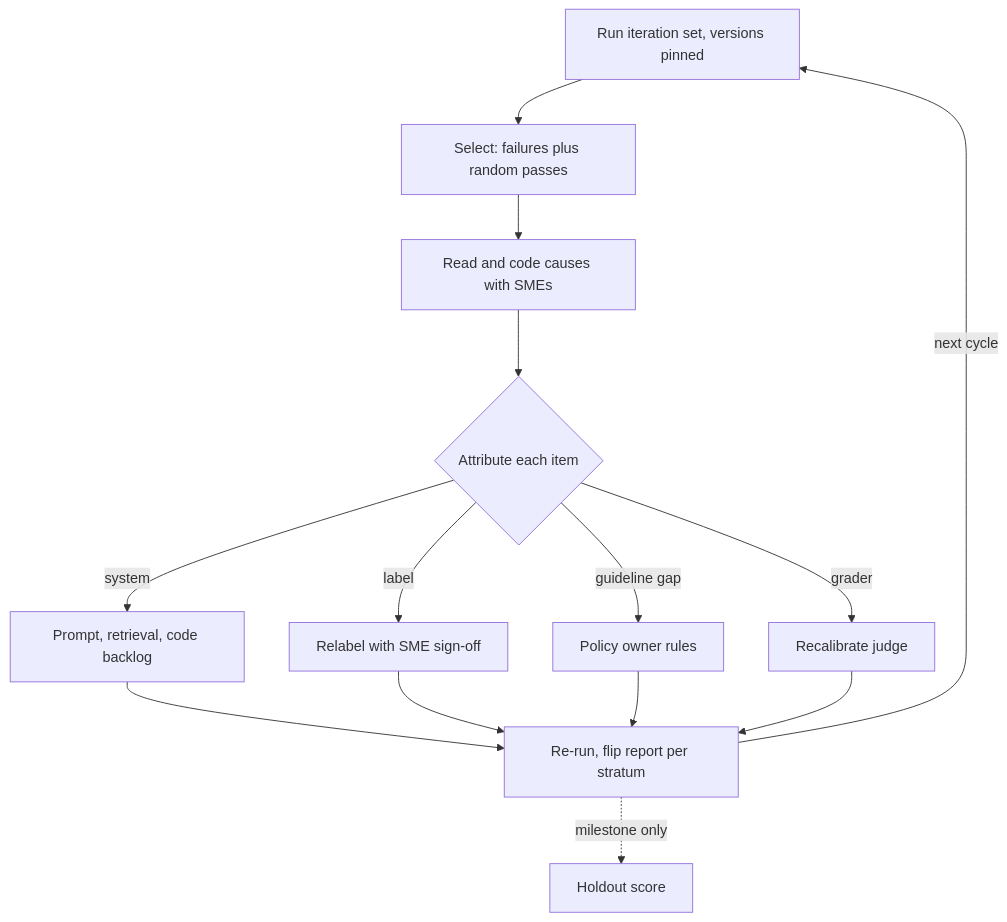
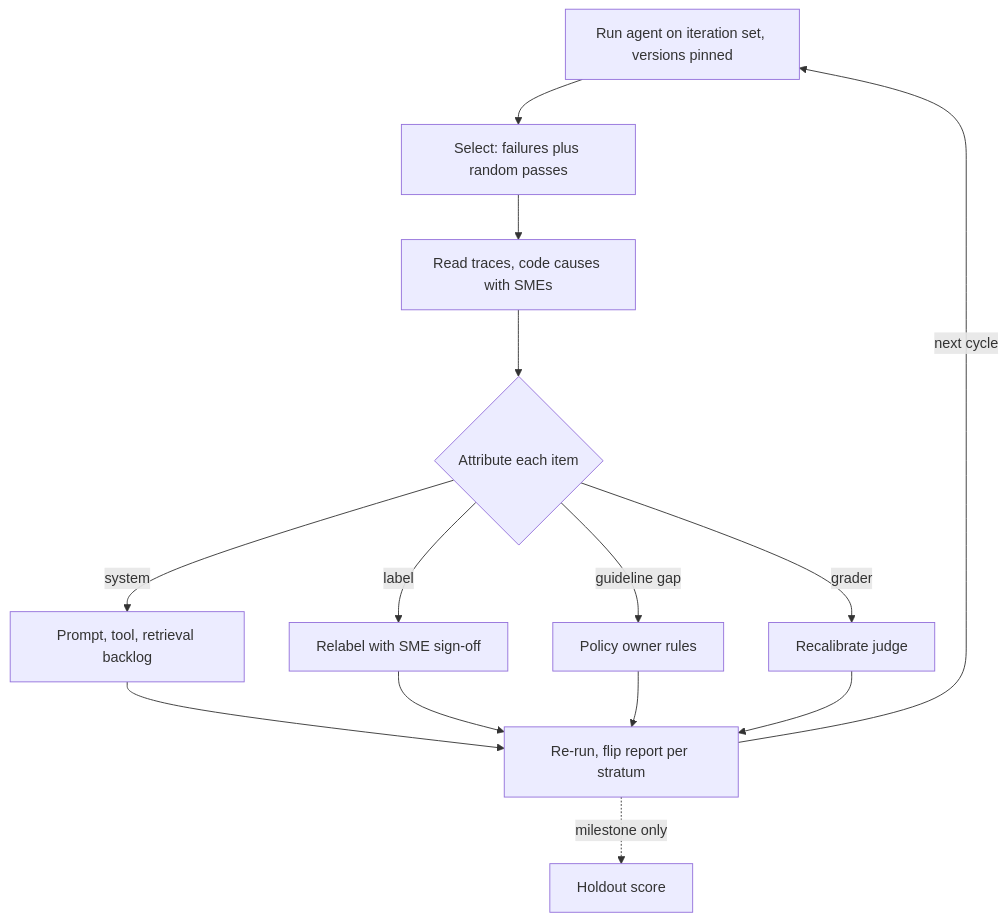
Before and after one commit to lovishmahajan97/agentic-learning: the diagram in content/customer-data-evaluation/eval-review-loops.md, drawn with Mermaid. The commit also changed other lines of this file and 454 other files, not shown here.

````diff
--- a/content/customer-data-evaluation/eval-review-loops.md
+++ b/content/customer-data-evaluation/eval-review-loops.md
@@ -102,16 +125,16 @@
 ```mermaid
 flowchart TD
-    R["Run iteration set, versions pinned"] --> S["Select: failures plus random passes"]
-    S --> C["Read and code causes with SMEs"]
+    R["Run agent on iteration set, versions pinned"] --> S["Select: failures plus random passes"]
+    S --> C["Read traces, code causes with SMEs"]
     C --> A{"Attribute each item"}
-    A -->|"system"| B["Prompt, retrieval, code backlog"]
+    A -->|"system"| B["Prompt, tool, retrieval backlog"]
     A -->|"label"| L["Relabel with SME sign-off"]
     A -->|"guideline gap"| P["Policy owner rules"]
     A -->|"grader"| J["Recalibrate judge"]
     B --> F["Re-run, flip report per stratum"]
     L --> F
     P --> F
     J --> F
     F -->|"next cycle"| R
     F -.->|"milestone only"| H["Holdout score"]
 ```
````
